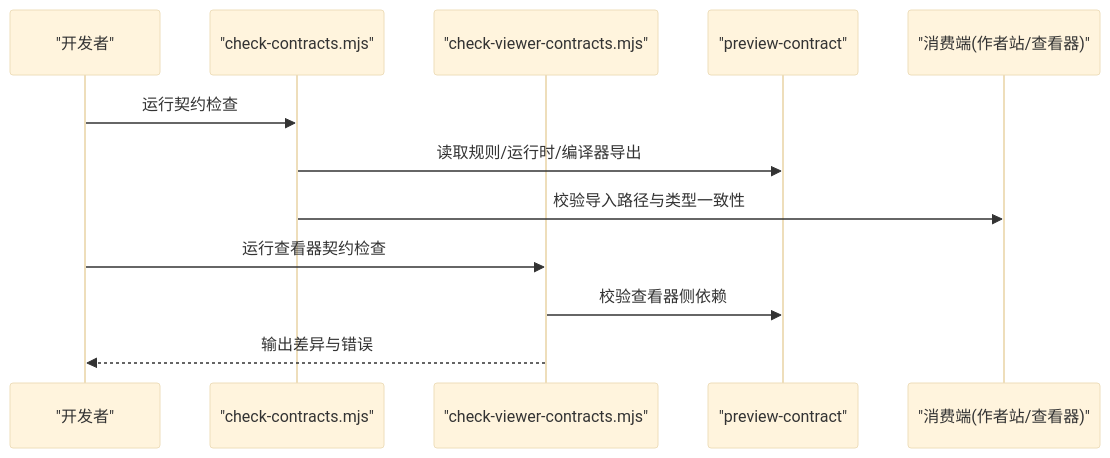
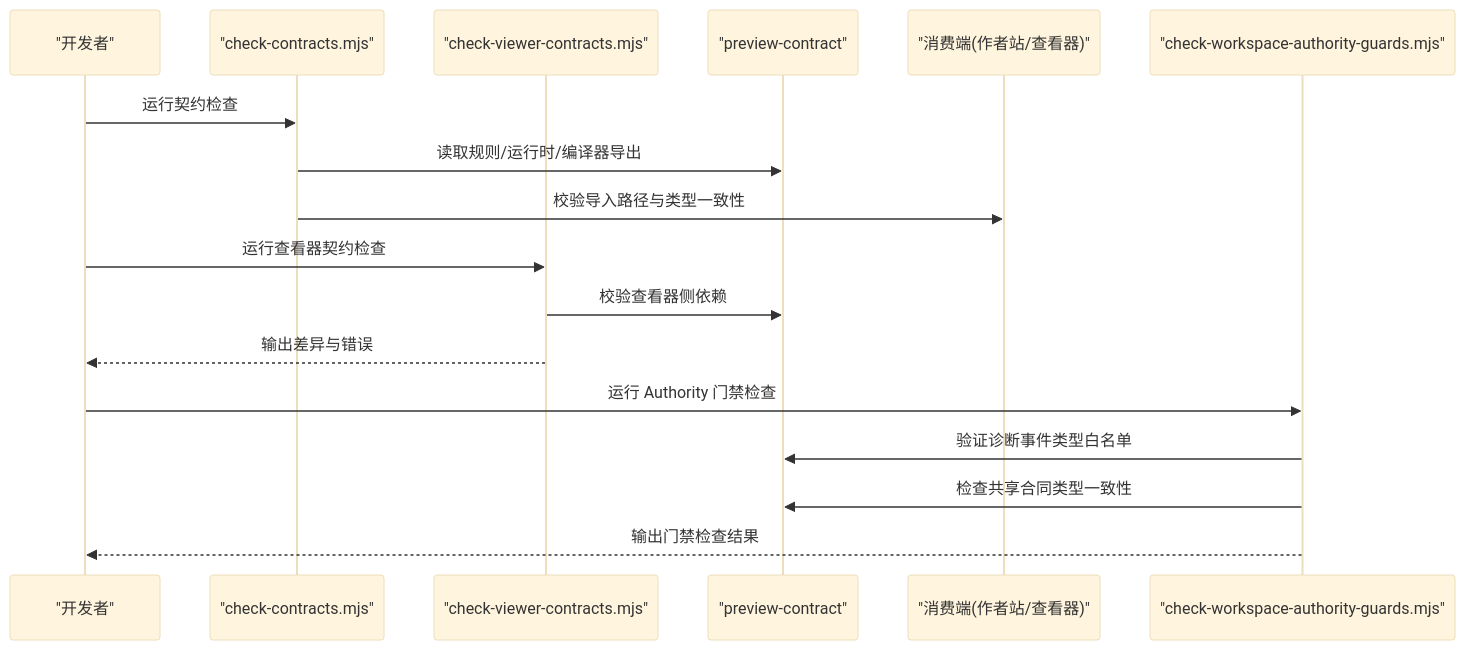
The sixth of 7 diagrams in .qoder/repowiki/zh/content/测试策略/测试策略.md (qihaogithub/workbench), drawn with Mermaid (base theme) before and after one commit. The commit also changed other lines of this file and 448 other files, not shown here.

````diff
--- a/.qoder/repowiki/zh/content/测试策略/测试策略.md
+++ b/.qoder/repowiki/zh/content/测试策略/测试策略.md
@@ -262,14 +330,19 @@
 ```mermaid
 sequenceDiagram
 participant Dev as "开发者"
 participant Script as "check-contracts.mjs"
 participant ViewerScript as "check-viewer-contracts.mjs"
 participant Contract as "preview-contract"
 participant Consumer as "消费端(作者站/查看器)"
+participant AuthorityGuard as "check-workspace-authority-guards.mjs"
 Dev->>Script : 运行契约检查
 Script->>Contract : 读取规则/运行时/编译器导出
 Script->>Consumer : 校验导入路径与类型一致性
 Dev->>ViewerScript : 运行查看器契约检查
 ViewerScript->>Contract : 校验查看器侧依赖
 ViewerScript-->>Dev : 输出差异与错误
+Dev->>AuthorityGuard : 运行 Authority 门禁检查
+AuthorityGuard->>Contract : 验证诊断事件类型白名单
+AuthorityGuard->>Contract : 检查共享合同类型一致性
+AuthorityGuard-->>Dev : 输出门禁检查结果
 ```
````
